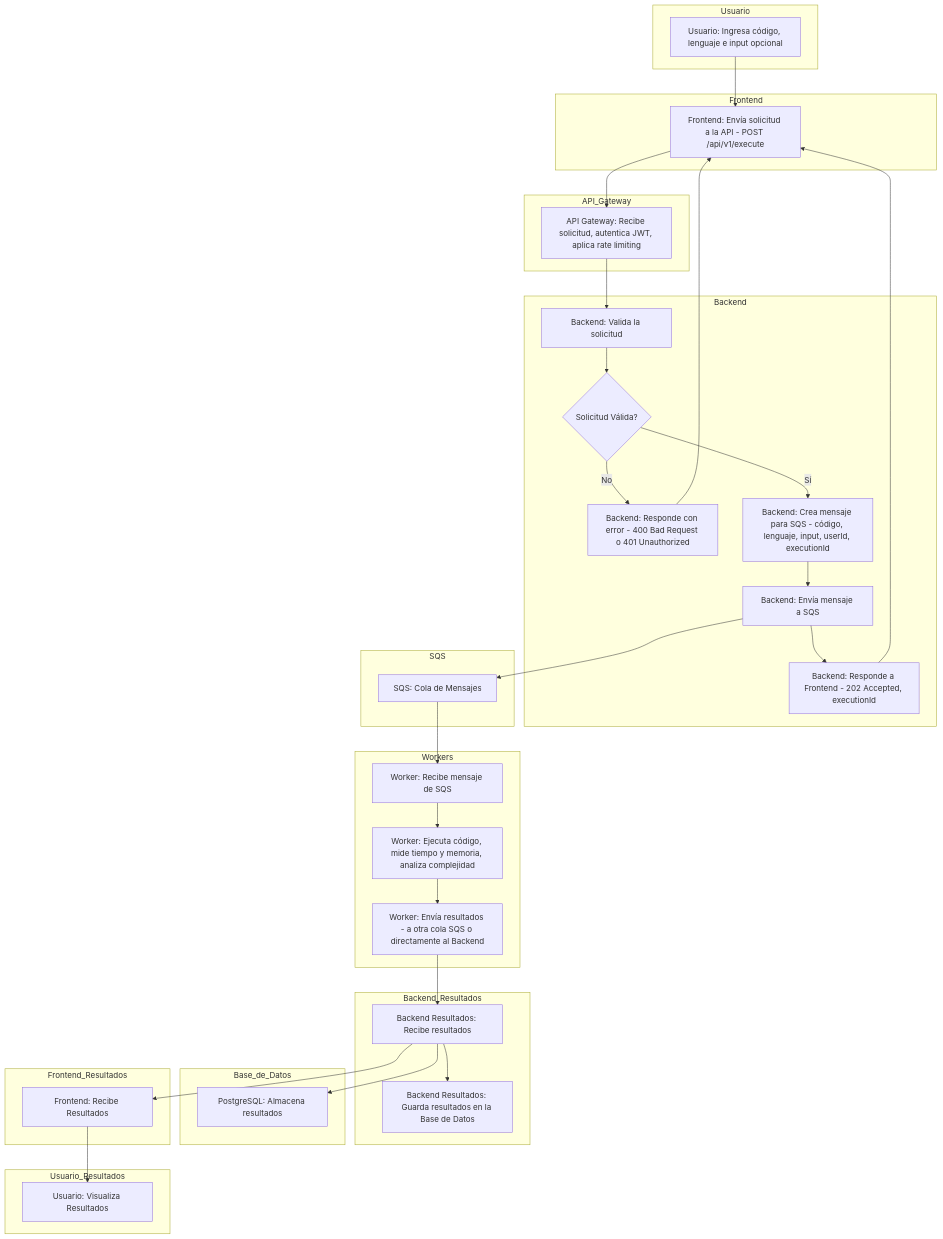
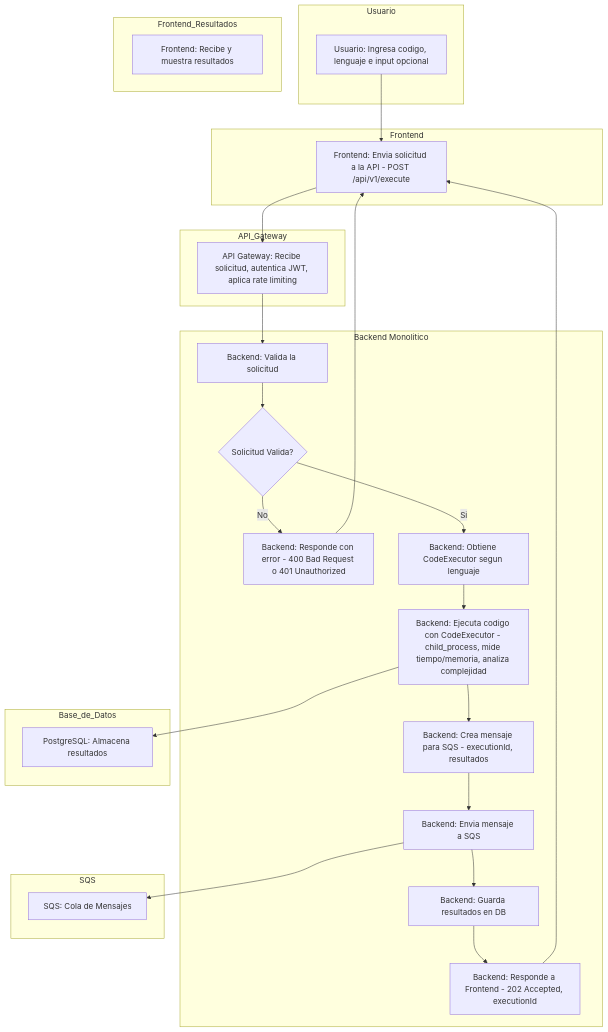
Before and after one commit to franvozzi/argus: the diagram in README.md, drawn with Mermaid. The commit also changed other lines of this file, not shown here.

````diff
--- a/README.md
+++ b/README.md
@@ -82,63 +94,46 @@
 ```mermaid
 graph TD
     subgraph Usuario
-        A[Usuario: Ingresa código, lenguaje e input opcional]
+        A[Usuario: Ingresa codigo, lenguaje e input opcional]
     end
 
     subgraph Frontend
-        B[Frontend: Envía solicitud a la API - POST /api/v1/execute]
+        B[Frontend: Envia solicitud a la API - POST /api/v1/execute]
     end
 
     subgraph API_Gateway
         C[API Gateway: Recibe solicitud, autentica JWT, aplica rate limiting]
     end
 
-    subgraph Backend
+    subgraph Backend[Backend Monolitico]
         D[Backend: Valida la solicitud]
-        D --> E{Solicitud Válida?}
+        D --> E{Solicitud Valida?}
         E -- No --> F[Backend: Responde con error - 400 Bad Request o 401 Unauthorized]
-        E -- Sí --> G[Backend: Crea mensaje para SQS - código, lenguaje, input, userId, executionId]
-        G --> H[Backend: Envía mensaje a SQS]
-        H --> I[Backend: Responde a Frontend - 202 Accepted, executionId]
+        E -- Si --> G[Backend: Obtiene CodeExecutor segun lenguaje]
+        G --> H[Backend: Ejecuta codigo con CodeExecutor - child_process, mide tiempo/memoria, analiza complejidad]
+        H --> I[Backend: Crea mensaje para SQS - executionId, resultados]
+        I --> J[Backend: Envia mensaje a SQS]
+        J --> K[Backend: Guarda resultados en DB]
+        K --> L[Backend: Responde a Frontend - 202 Accepted, executionId]
     end
 
     subgraph SQS
-        J[SQS: Cola de Mensajes]
-    end
-
-    subgraph Workers
-        K[Worker: Recibe mensaje de SQS]
-        K --> L[Worker: Ejecuta código, mide tiempo y memoria, analiza complejidad]
-        L --> M[Worker: Envía resultados - a otra cola SQS o directamente al Backend]
-    end
-
-        subgraph Backend_Resultados
-        N[Backend Resultados: Recibe resultados]
-        N -->O[Backend Resultados: Guarda resultados en la Base de Datos]
+        M[SQS: Cola de Mensajes]
     end
 
     subgraph Base_de_Datos
-        P[PostgreSQL: Almacena resultados]
+        N[PostgreSQL: Almacena resultados]
     end
 
-      subgraph Frontend_Resultados
-        Q[Frontend: Recibe Resultados]
-    end
-
-    subgraph Usuario_Resultados
-      R[Usuario: Visualiza Resultados]
+    subgraph Frontend_Resultados
+        O[Frontend: Recibe y muestra resultados]
     end
 
     A --> B
     B --> C
     C --> D
-    I --> B
-    H --> J
-    J --> K
-    M --> N
-    N --> P
-    N -->Q
-    Q --> R
-
+    L --> B
+    J --> M
+    H --> N
     F --> B
 ```
````
